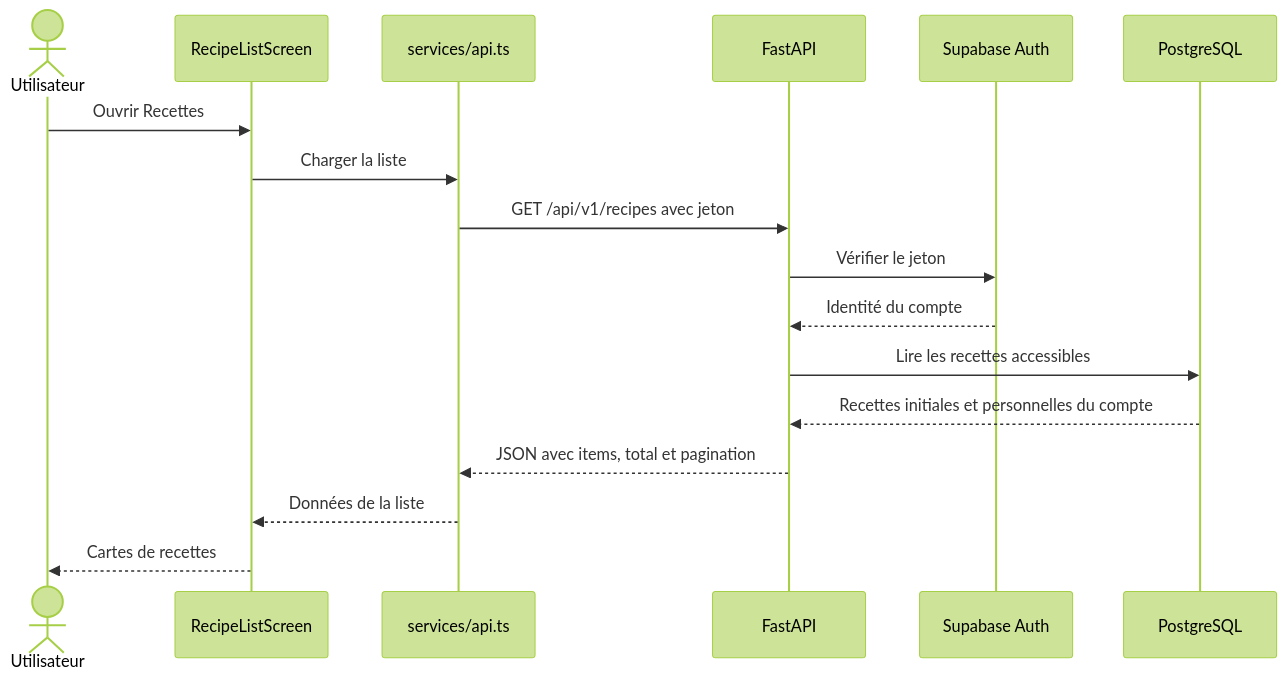
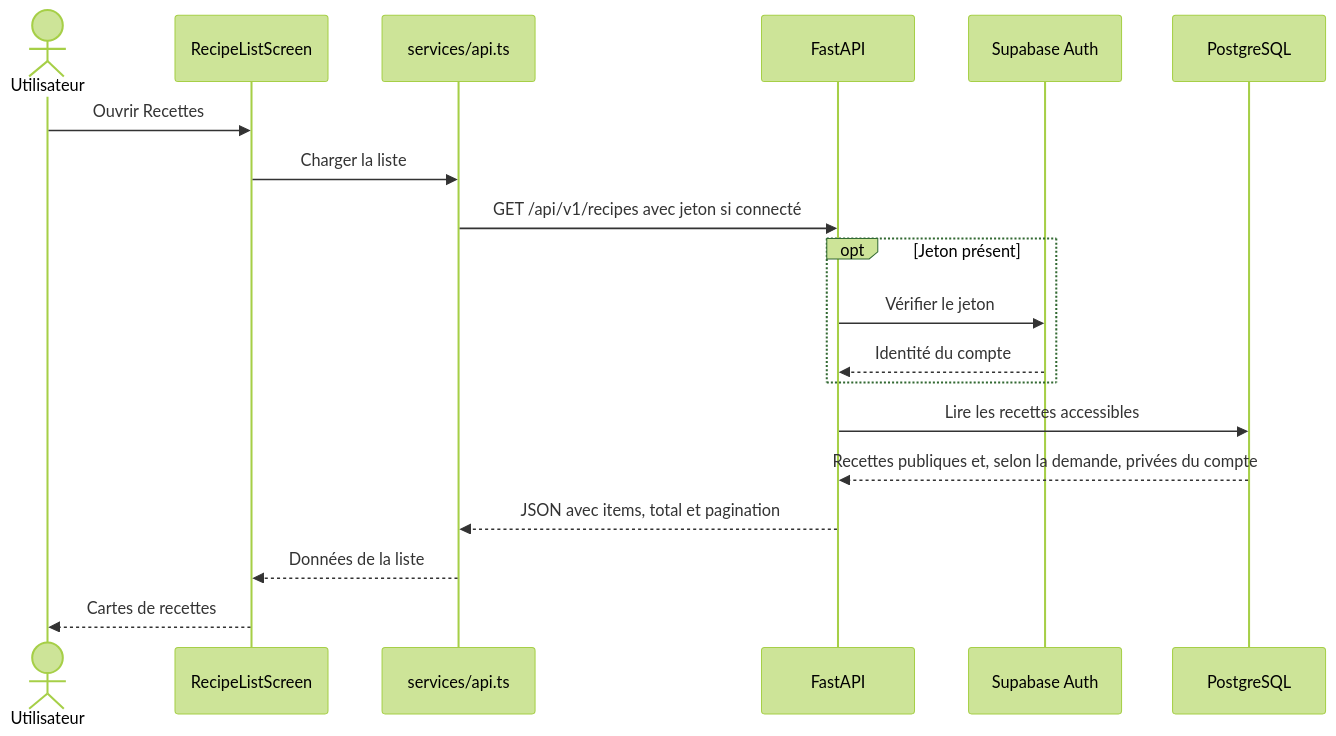
The fifth of 27 diagrams in README-fonctionnement.md (EnzoT454/OptiMeal), drawn with Mermaid (forest theme) before and after one commit. The commit also changed other lines of this file and 80 other files, not shown here.

````diff
--- a/README-fonctionnement.md
+++ b/README-fonctionnement.md
@@ -234,19 +195,21 @@
 ```mermaid
 sequenceDiagram
     actor U as Utilisateur
     participant M as RecipeListScreen
     participant C as services/api.ts
     participant B as FastAPI
     participant A as Supabase Auth
     participant D as PostgreSQL
     U->>M: Ouvrir Recettes
     M->>C: Charger la liste
-    C->>B: GET /api/v1/recipes avec jeton
-    B->>A: Vérifier le jeton
-    A-->>B: Identité du compte
+    C->>B: GET /api/v1/recipes avec jeton si connecté
+    opt Jeton présent
+        B->>A: Vérifier le jeton
+        A-->>B: Identité du compte
+    end
     B->>D: Lire les recettes accessibles
-    D-->>B: Recettes initiales et personnelles du compte
+    D-->>B: Recettes publiques et, selon la demande, privées du compte
     B-->>C: JSON avec items, total et pagination
     C-->>M: Données de la liste
     M-->>U: Cartes de recettes
 ```
````
